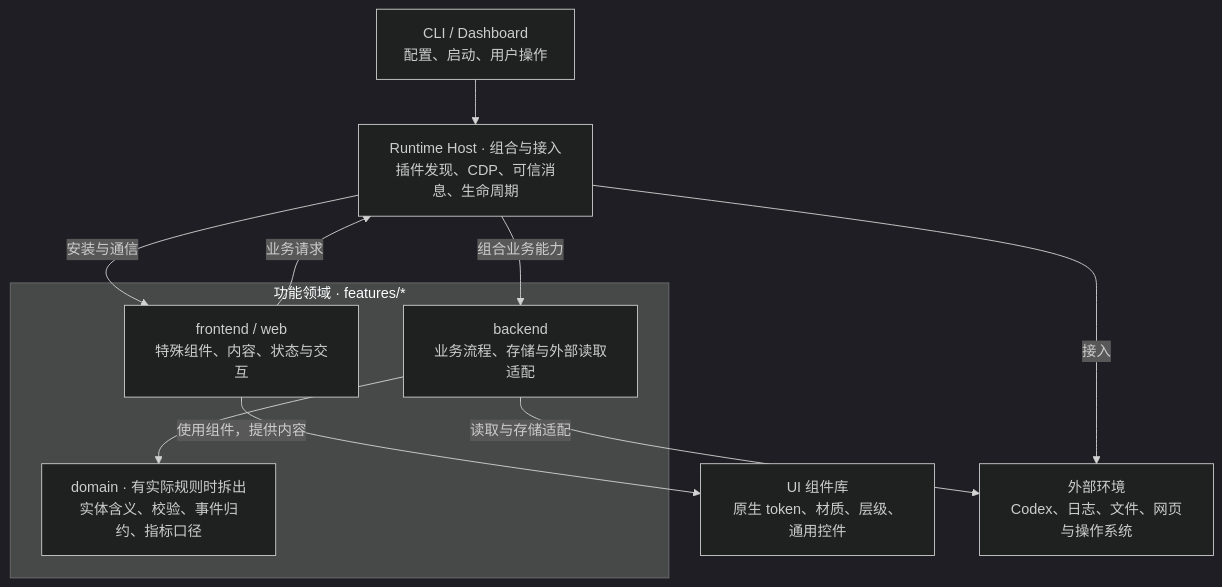
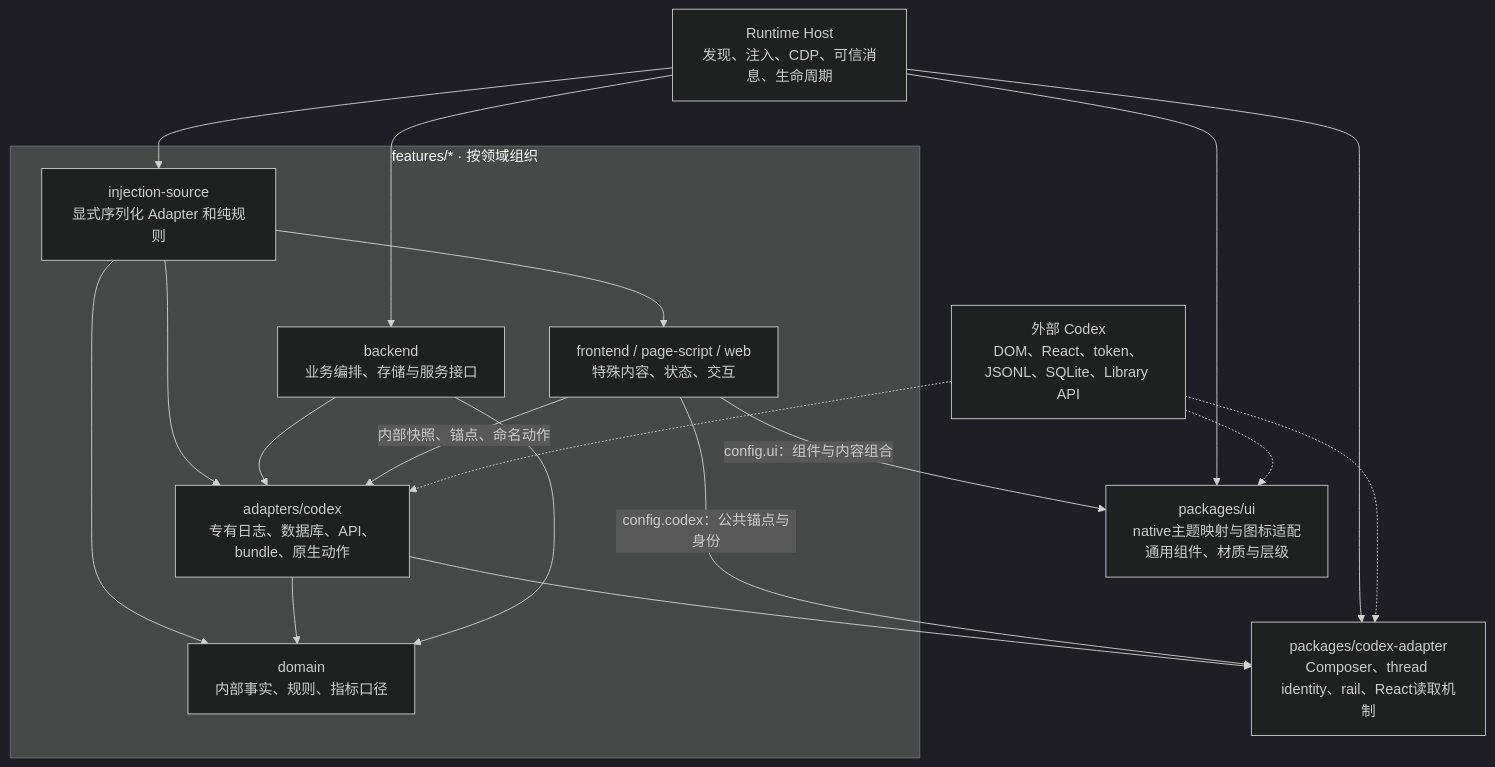
The diagram in ARCHITECTURE.md (Vontean/MineCodex), drawn with Mermaid (dark theme) before and after one commit. The commit also changed other lines of this file and 82 other files, not shown here.

Commit message:
refactor(architecture): isolate Codex contracts behind owned adapters

````diff
--- a/ARCHITECTURE.md
+++ b/ARCHITECTURE.md
@@ -7,20 +7,31 @@
 ```mermaid
 flowchart TB
-  CLI["CLI / Dashboard<br/>配置、启动、用户操作"]
-  Host["Runtime Host · 组合与接入<br/>插件发现、CDP、可信消息、生命周期"]
-  UI["UI 组件库<br/>原生 token、材质、层级、通用控件"]
-  subgraph Feature["功能领域 · features/*"]
-    Frontend["frontend / web<br/>特殊组件、内容、状态与交互"]
-    Application["backend<br/>业务流程、存储与外部读取适配"]
-    Domain["domain · 有实际规则时拆出<br/>实体含义、校验、事件归约、指标口径"]
+  Host["Runtime Host<br/>发现、注入、CDP、可信消息、生命周期"]
+  Env["packages/codex-adapter<br/>Composer、thread identity、rail、React读取机制"]
+  UI["packages/ui<br/>native主题映射与图标适配<br/>通用组件、材质与层级"]
+  subgraph Plugin["features/* · 按领域组织"]
+    Native["adapters/codex<br/>专有日志、数据库、API、bundle、原生动作"]
+    Domain["domain<br/>内部事实、规则、指标口径"]
+    Backend["backend<br/>业务编排、存储与服务接口"]
+    Frontend["frontend / page-script / web<br/>特殊内容、状态、交互"]
+    Factory["injection-source<br/>显式序列化 Adapter 和纯规则"]
   end
-  Native["外部环境<br/>Codex、日志、文件、网页与操作系统"]
-  CLI --> Host
-  Host -->|"安装与通信"| Frontend
-  Host -->|"组合业务能力"| Application
-  Frontend -->|"使用组件，提供内容"| UI
-  Frontend -->|"业务请求"| Host
-  Application --> Domain
-  Host -->|"接入"| Native
-  Application -->|"读取与存储适配"| Native
+  Codex["外部 Codex<br/>DOM、React、token、JSONL、SQLite、Library API"]
+  Host --> Env
+  Host --> UI
+  Host --> Backend
+  Host --> Factory
+  Factory --> Native
+  Factory --> Domain
+  Factory --> Frontend
+  Native --> Env
+  Native --> Domain
+  Backend --> Native
+  Backend --> Domain
+  Frontend -->|"config.codex：公共锚点与身份"| Env
+  Frontend -->|"config.ui：组件与内容组合"| UI
+  Frontend -->|"内部快照、锚点、命名动作"| Native
+  Codex -.-> Env
+  Codex -.-> Native
+  Codex -.-> UI
 ```
````
